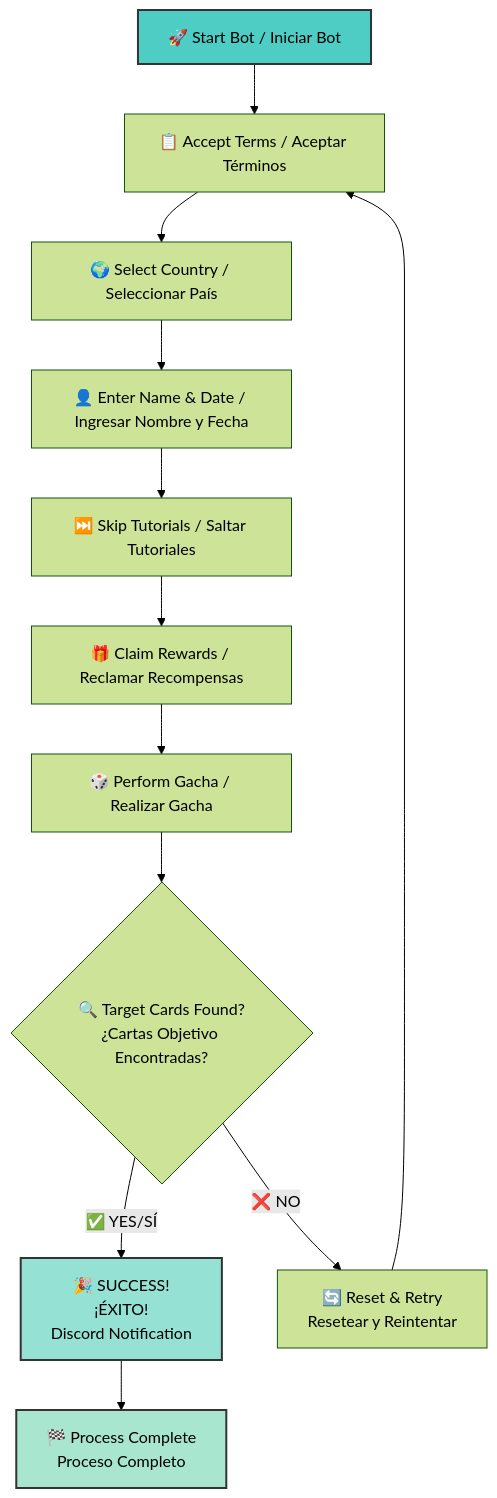
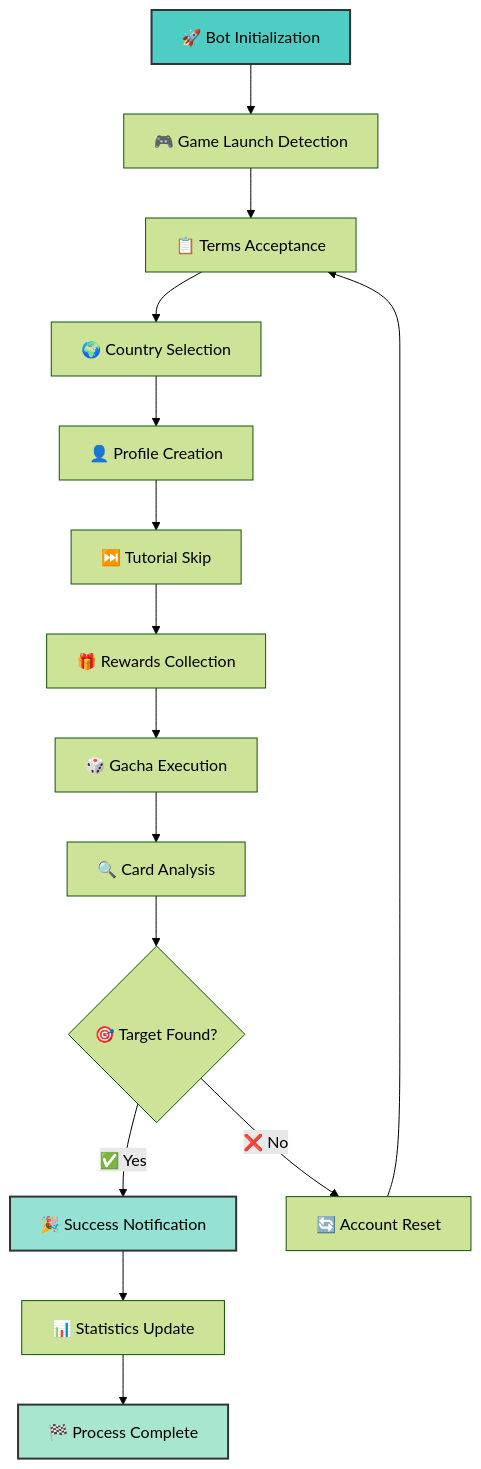
The diagram in README.md (WualterS00/Umapyoi-AutoReroll), drawn with Mermaid (forest theme) before and after one commit. The commit also changed other lines of this file, not shown here.

````diff
--- a/README.md
+++ b/README.md
@@ -101,18 +155,21 @@
 ```mermaid
-flowchart TD
-    A[🚀 Start Bot / Iniciar Bot] --> B[📋 Accept Terms / Aceptar Términos]
-    B --> C[🌍 Select Country / Seleccionar País]
-    C --> D[👤 Enter Name & Date / Ingresar Nombre y Fecha]
-    D --> E[⏭️ Skip Tutorials / Saltar Tutoriales]
-    E --> F[🎁 Claim Rewards / Reclamar Recompensas]
-    F --> G[🎲 Perform Gacha / Realizar Gacha]
-    G --> H{🔍 Target Cards Found?<br/>¿Cartas Objetivo Encontradas?}
-    H -->|✅ YES/SÍ| I[🎉 SUCCESS!<br/>¡ÉXITO!<br/>Discord Notification]
-    H -->|❌ NO| J[🔄 Reset & Retry<br/>Resetear y Reintentar]
-    J --> B
-    I --> K[🏁 Process Complete<br/>Proceso Completo]
+graph TD
+    A[🚀 Bot Initialization] --> B[🎮 Game Launch Detection]
+    B --> C[📋 Terms Acceptance]
+    C --> D[🌍 Country Selection]
+    D --> E[👤 Profile Creation]
+    E --> F[⏭️ Tutorial Skip]
+    F --> G[🎁 Rewards Collection]
+    G --> H[🎲 Gacha Execution]
+    H --> I[🔍 Card Analysis]
+    I --> J{🎯 Target Found?}
+    J -->|✅ Yes| K[🎉 Success Notification]
+    J -->|❌ No| L[🔄 Account Reset]
+    L --> C
+    K --> M[📊 Statistics Update]
+    M --> N[🏁 Process Complete]
     
-    style A fill:#4ECDC4,stroke:#333,stroke-width:2px
-    style I fill:#95E1D3,stroke:#333,stroke-width:2px
-    style K fill:#A8E6CF,stroke:#333,stroke-width:2px
+    style A fill:#4ECDC4,stroke:#333,stroke-width:2px,color:#000
+    style K fill:#95E1D3,stroke:#333,stroke-width:2px,color:#000
+    style N fill:#A8E6CF,stroke:#333,stroke-width:2px,color:#000
 ```
````
